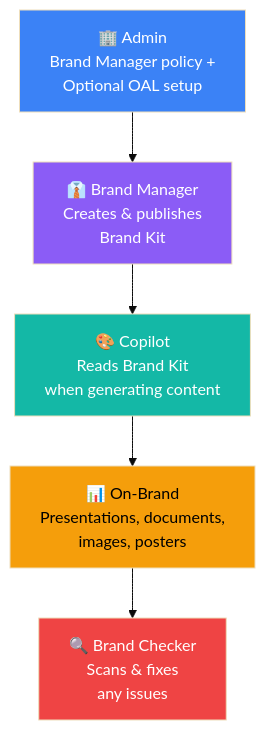
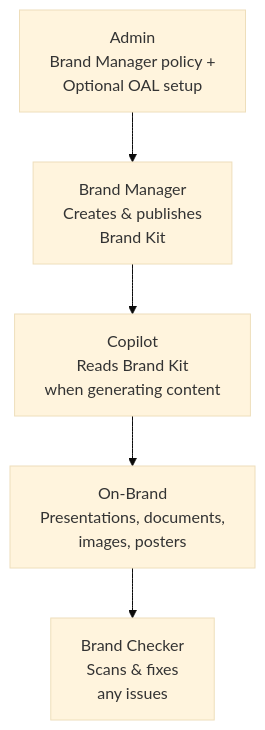
The first of 2 diagrams in content/blog/microsoft-365-copilot-brand-kit-complete-guide.md (susanthgit/aguidetocloud-revamp), drawn with Mermaid (base theme) before and after one commit. The commit also changed other lines of this file and 553 other files, not shown here.

First line of the commit message:
🌸 Z17: Zen Mermaid diagrams — Stripe Docs style

````diff
--- a/content/blog/microsoft-365-copilot-brand-kit-complete-guide.md
+++ b/content/blog/microsoft-365-copilot-brand-kit-complete-guide.md
@@ -107,14 +107,9 @@
 ```mermaid
 flowchart TD
-    A["🏢 Admin<br/>Brand Manager policy +<br/>Optional OAL setup"]
-    B["👔 Brand Manager<br/>Creates & publishes<br/>Brand Kit"]
-    C["🎨 Copilot<br/>Reads Brand Kit<br/>when generating content"]
-    D["📊 On-Brand<br/>Presentations, documents,<br/>images, posters"]
-    E["🔍 Brand Checker<br/>Scans & fixes<br/>any issues"]
+    A["Admin<br/>Brand Manager policy +<br/>Optional OAL setup"]
+    B["Brand Manager<br/>Creates & publishes<br/>Brand Kit"]
+    C["Copilot<br/>Reads Brand Kit<br/>when generating content"]
+    D["On-Brand<br/>Presentations, documents,<br/>images, posters"]
+    E["Brand Checker<br/>Scans & fixes<br/>any issues"]
     A --> B --> C --> D --> E
-    style A fill:#3B82F6,color:#ffffff
-    style B fill:#8B5CF6,color:#ffffff
-    style C fill:#14B8A6,color:#ffffff
-    style D fill:#F59E0B,color:#000000
-    style E fill:#EF4444,color:#ffffff
 ```
````
